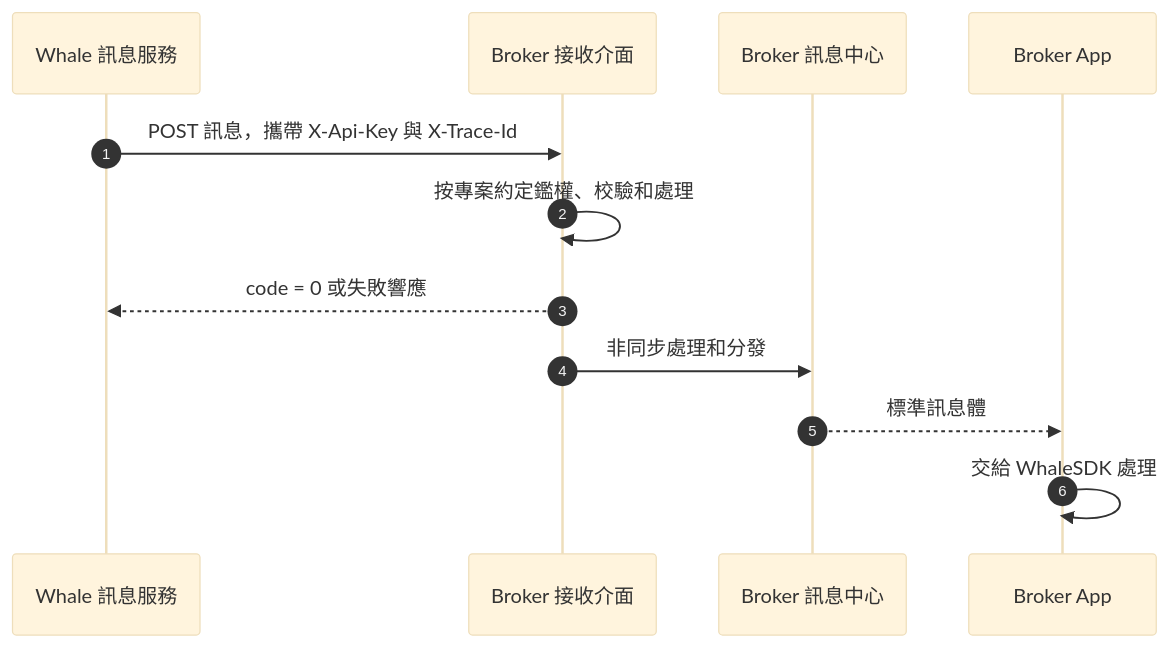
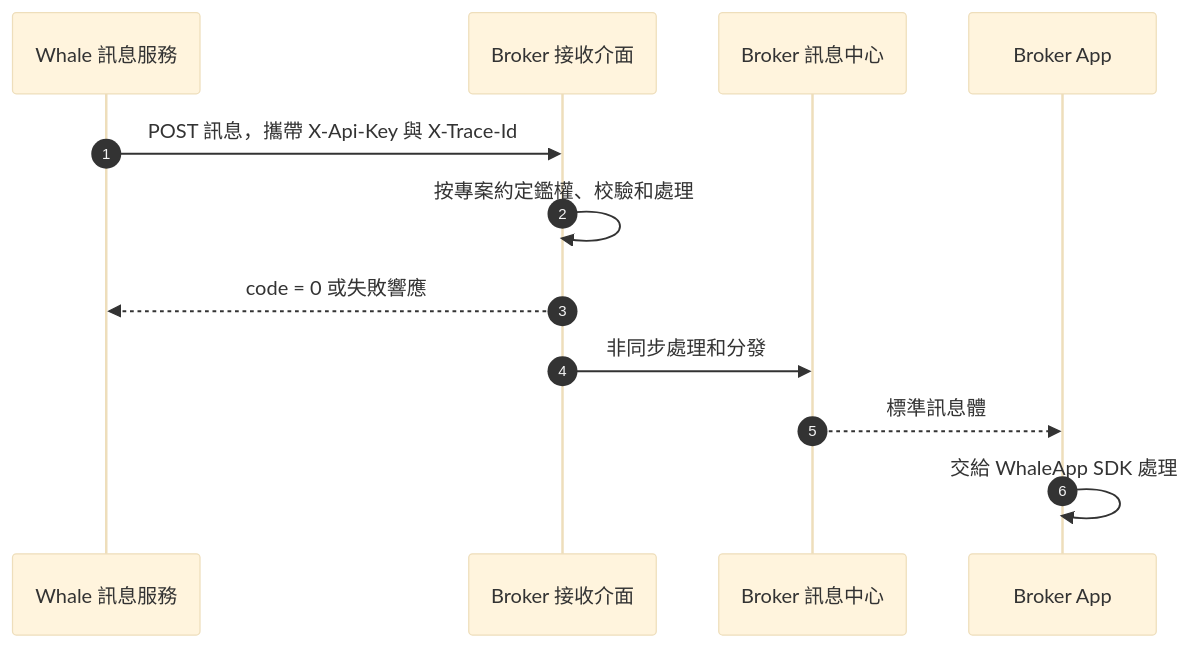
One commit to longbridge/whale-docs changed the diagram in zh-Hant/docs/server-message-forwarding.mdx. Above: the diagram before and after it, drawn with Mermaid (base theme). The commit also changed other lines of this file and 50 other files, not shown here.

Commit message:
docs: define Whale SDK product hierarchy

````diff
--- a/zh-Hant/docs/server-message-forwarding.mdx
+++ b/zh-Hant/docs/server-message-forwarding.mdx
@@ -10,14 +10,14 @@
 ```mermaid
 sequenceDiagram
     autonumber
     participant Whale as Whale 訊息服務
     participant API as Broker 接收介面
     participant Center as Broker 訊息中心
     participant App as Broker App
     Whale->>API: POST 訊息，攜帶 X-Api-Key 與 X-Trace-Id
     API->>API: 按專案約定鑑權、校驗和處理
     API-->>Whale: code = 0 或失敗響應
     API->>Center: 非同步處理和分發
     Center-->>App: 標準訊息體
-    App->>App: 交給 WhaleSDK 處理
+    App->>App: 交給 WhaleApp SDK 處理
 ```
````
